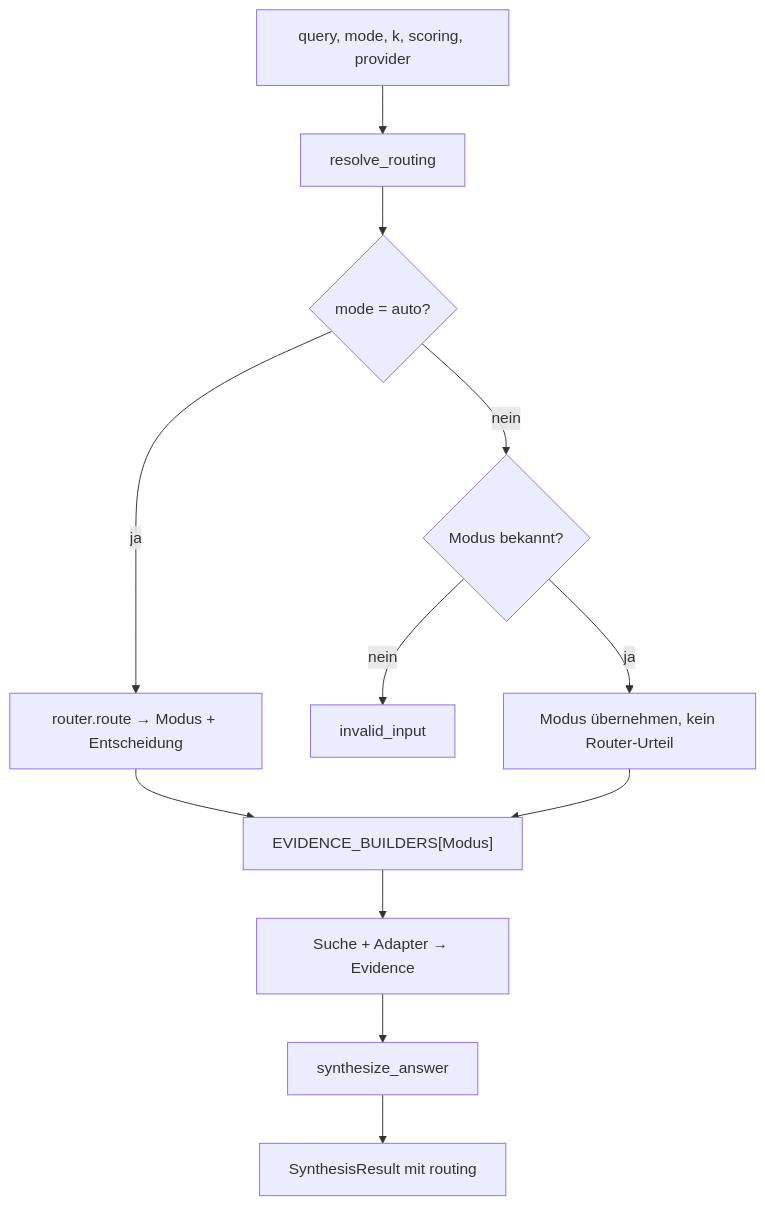
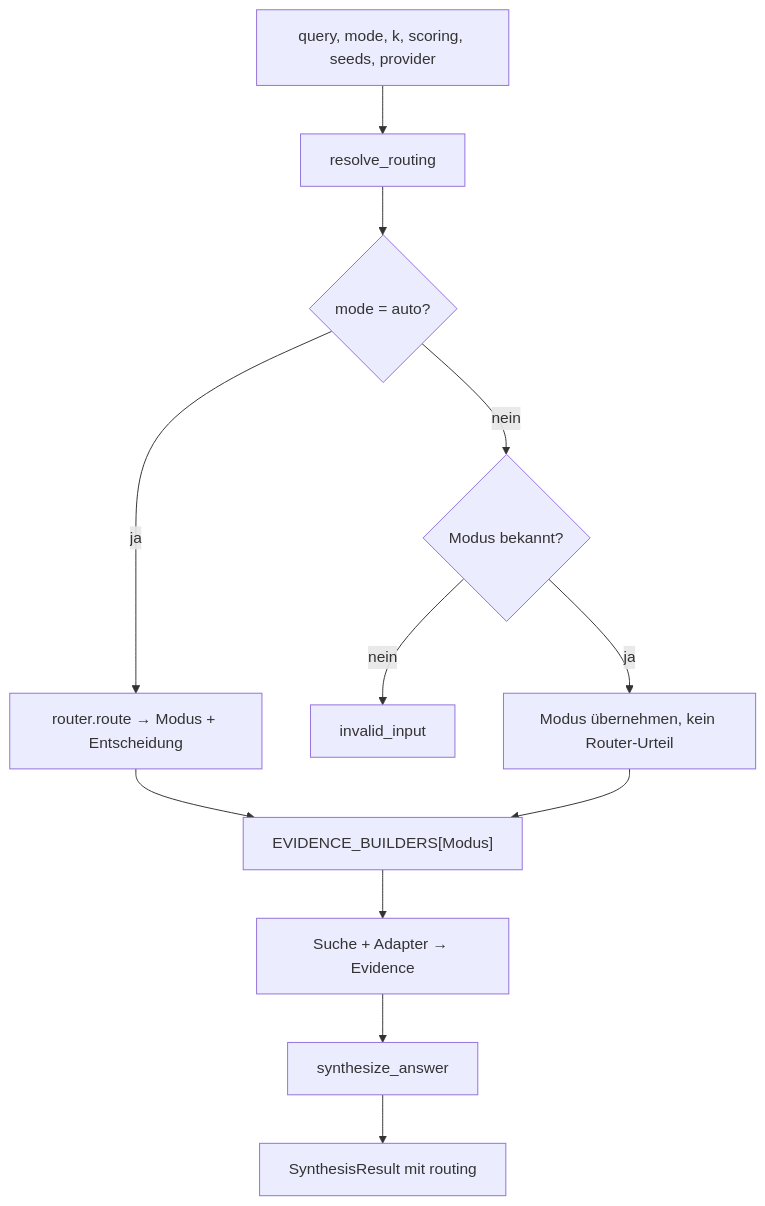
The first of 2 diagrams in src/research_graphrag/generation/doc/answer.md (MomoEngineer/research-graphrag), drawn with Mermaid before and after one commit. The commit also changed other lines of this file and 29 other files, not shown here.

````diff
--- a/src/research_graphrag/generation/doc/answer.md
+++ b/src/research_graphrag/generation/doc/answer.md
@@ -30,14 +30,14 @@
 ```mermaid
 flowchart TD
-    A["query, mode, k, scoring, provider"] --> B["resolve_routing"]
+    A["query, mode, k, scoring, seeds, provider"] --> B["resolve_routing"]
     B --> C{"mode = auto?"}
     C -- ja --> D["router.route → Modus + Entscheidung"]
     C -- nein --> E{"Modus bekannt?"}
     E -- nein --> F["invalid_input"]
     E -- ja --> G["Modus übernehmen, kein Router-Urteil"]
     D --> H["EVIDENCE_BUILDERS[Modus]"]
     G --> H
     H --> I["Suche + Adapter → Evidence"]
     I --> J["synthesize_answer"]
     J --> K["SynthesisResult mit routing"]
 ```
````
